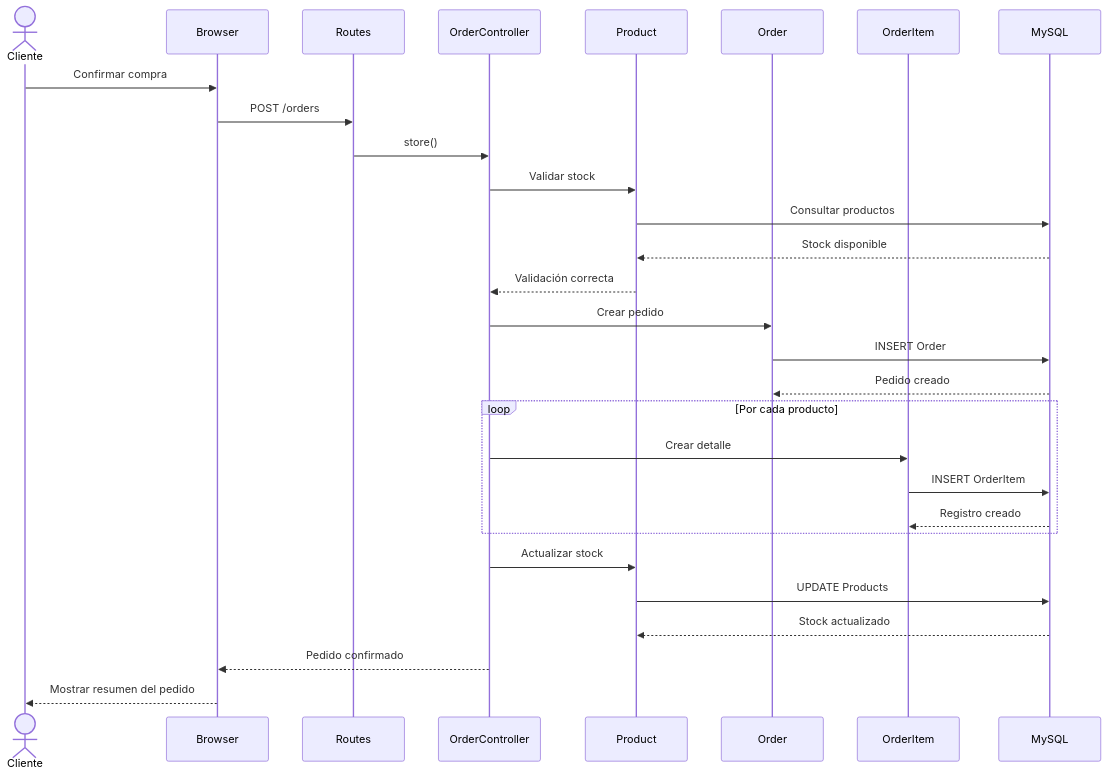
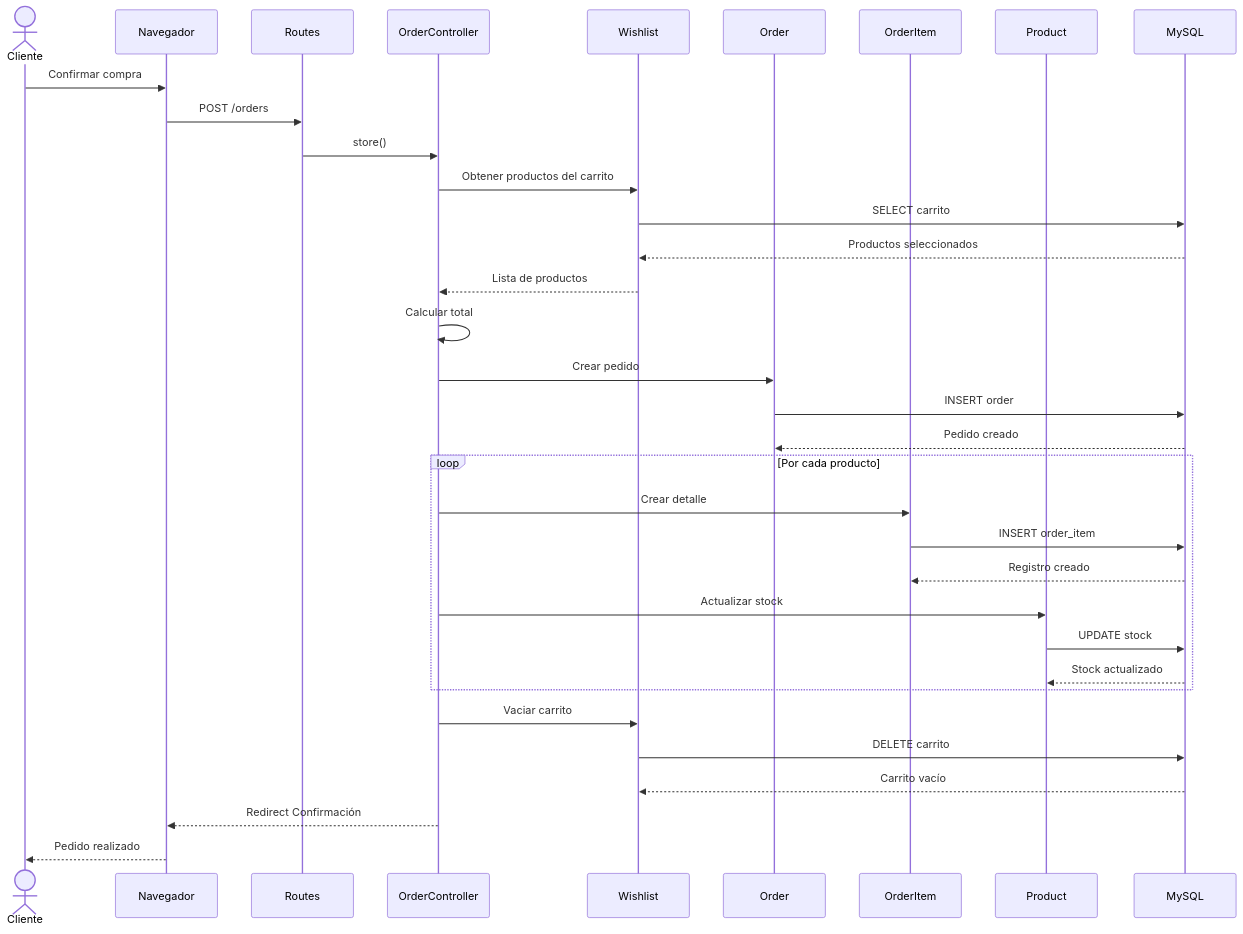
Before and after one commit to facusoster/FinalProdWebLaravel: the diagram in docs/diagramas/23_UML_SecuenciaPedido.md, drawn with Mermaid. The commit also changed other lines of this file and 25 other files, not shown here.

Commit message:
Actualizo documentación completa: diagramas, requisitos, arquitectura, UML y setup

````diff
--- a/docs/diagramas/23_UML_SecuenciaPedido.md
+++ b/docs/diagramas/23_UML_SecuenciaPedido.md
@@ -23,53 +22,62 @@
 ```mermaid
 sequenceDiagram
 
 actor Cliente
 
-participant Browser
+participant Navegador
 participant Routes
 participant OrderController
-participant Product
+participant Wishlist
 participant Order
 participant OrderItem
+participant Product
 participant MySQL
 
-Cliente->>Browser: Confirmar compra
+Cliente->>Navegador: Confirmar compra
 
-Browser->>Routes: POST /orders
+Navegador->>Routes: POST /orders
 
 Routes->>OrderController: store()
 
-OrderController->>Product: Validar stock
+OrderController->>Wishlist: Obtener productos del carrito
 
-Product->>MySQL: Consultar productos
+Wishlist->>MySQL: SELECT carrito
 
-MySQL-->>Product: Stock disponible
+MySQL-->>Wishlist: Productos seleccionados
 
-Product-->>OrderController: Validación correcta
+Wishlist-->>OrderController: Lista de productos
+
+OrderController->>OrderController: Calcular total
 
 OrderController->>Order: Crear pedido
 
-Order->>MySQL: INSERT Order
+Order->>MySQL: INSERT order
 
 MySQL-->>Order: Pedido creado
 
 loop Por cada producto
 
-OrderController->>OrderItem: Crear detalle
+    OrderController->>OrderItem: Crear detalle
 
-OrderItem->>MySQL: INSERT OrderItem
+    OrderItem->>MySQL: INSERT order_item
 
-MySQL-->>OrderItem: Registro creado
+    MySQL-->>OrderItem: Registro creado
+
+    OrderController->>Product: Actualizar stock
+
+    Product->>MySQL: UPDATE stock
+
+    MySQL-->>Product: Stock actualizado
 
 end
 
-OrderController->>Product: Actualizar stock
+OrderController->>Wishlist: Vaciar carrito
 
-Product->>MySQL: UPDATE Products
+Wishlist->>MySQL: DELETE carrito
 
-MySQL-->>Product: Stock actualizado
+MySQL-->>Wishlist: Carrito vacío
 
-OrderController-->>Browser: Pedido confirmado
+OrderController-->>Navegador: Redirect Confirmación
 
-Browser-->>Cliente: Mostrar resumen del pedido
+Navegador-->>Cliente: Pedido realizado
 ```
````
